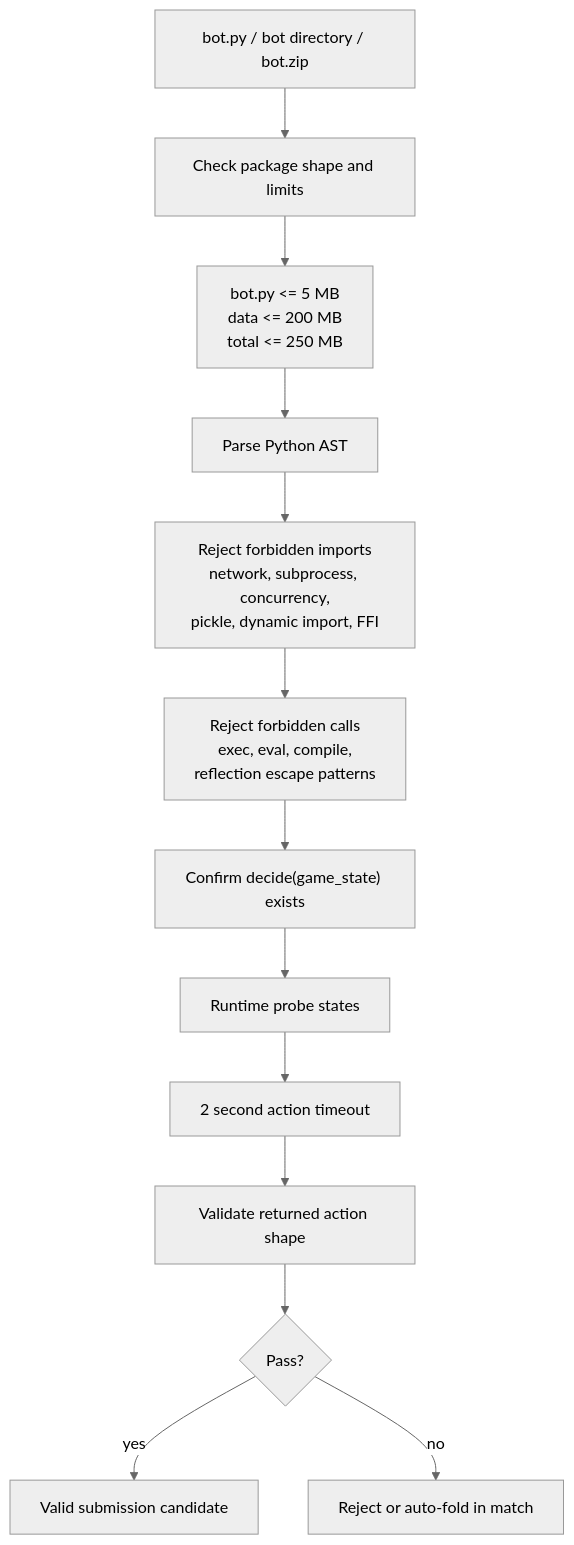
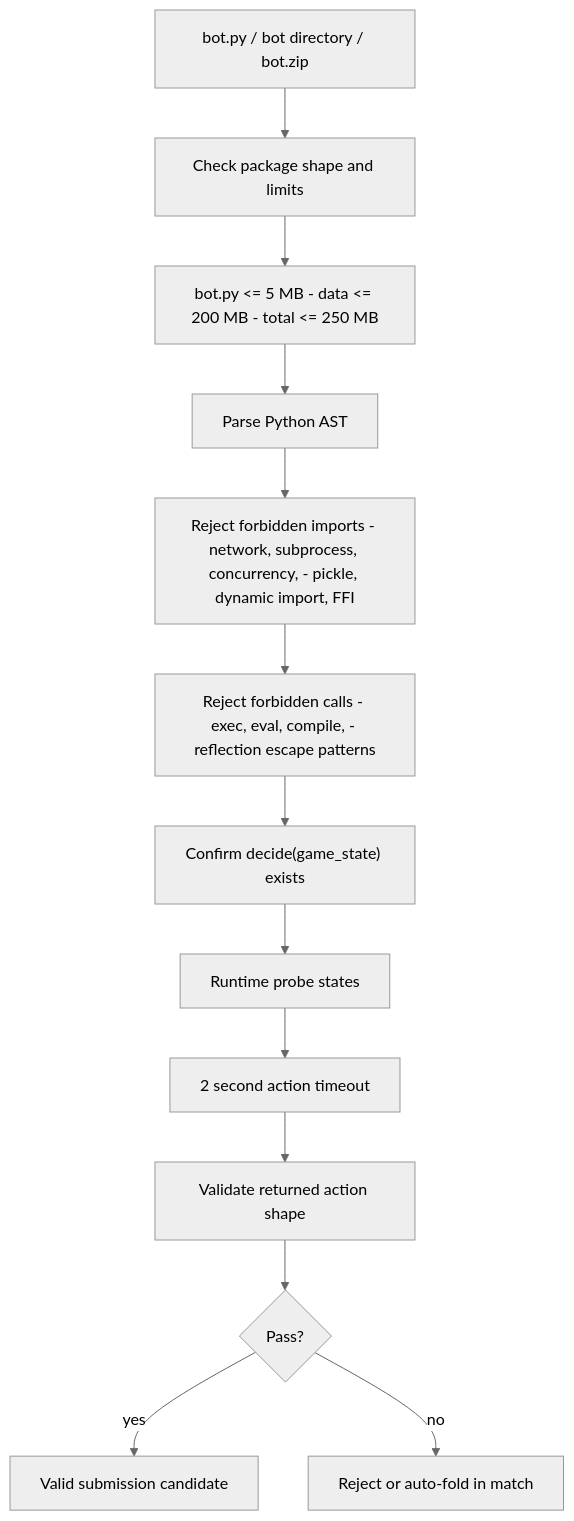
One commit to kosunghun317/fullhouse-engine changed the diagram in docs/restrictions.md. Above: the diagram before and after it, drawn with Mermaid (neutral theme). The commit also changed 13 other files, not shown here.

Commit message:
docs: normalize mermaid diagrams

````diff
--- a/docs/restrictions.md
+++ b/docs/restrictions.md
@@ -57,15 +57,15 @@
 ```mermaid
 graph TD
     Package["bot.py / bot directory / bot.zip"] --> Shape["Check package shape and limits"]
-    Shape --> Size["bot.py <= 5 MB\ndata <= 200 MB\ntotal <= 250 MB"]
+    Shape --> Size["bot.py <= 5 MB - data <= 200 MB - total <= 250 MB"]
     Size --> Static["Parse Python AST"]
-    Static --> Imports["Reject forbidden imports\nnetwork, subprocess, concurrency,\npickle, dynamic import, FFI"]
-    Imports --> Calls["Reject forbidden calls\nexec, eval, compile,\nreflection escape patterns"]
+    Static --> Imports["Reject forbidden imports - network, subprocess, concurrency, - pickle, dynamic import, FFI"]
+    Imports --> Calls["Reject forbidden calls - exec, eval, compile, - reflection escape patterns"]
     Calls --> Entrypoint["Confirm decide(game_state) exists"]
     Entrypoint --> Runtime["Runtime probe states"]
     Runtime --> Timeout["2 second action timeout"]
     Timeout --> ActionShape["Validate returned action shape"]
     ActionShape --> Result{"Pass?"}
     Result -->|yes| OK["Valid submission candidate"]
     Result -->|no| Fail["Reject or auto-fold in match"]
 ```
````
